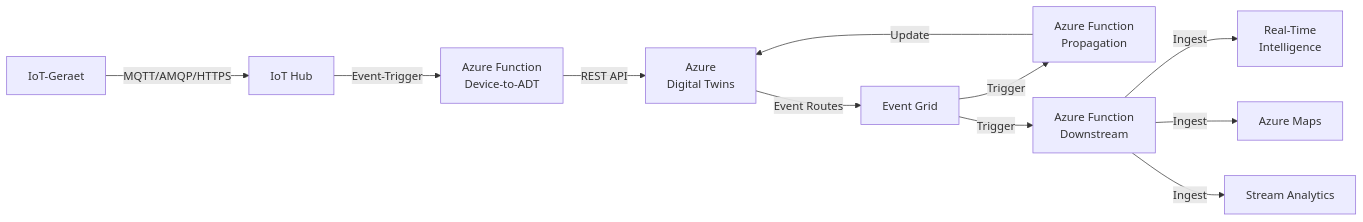
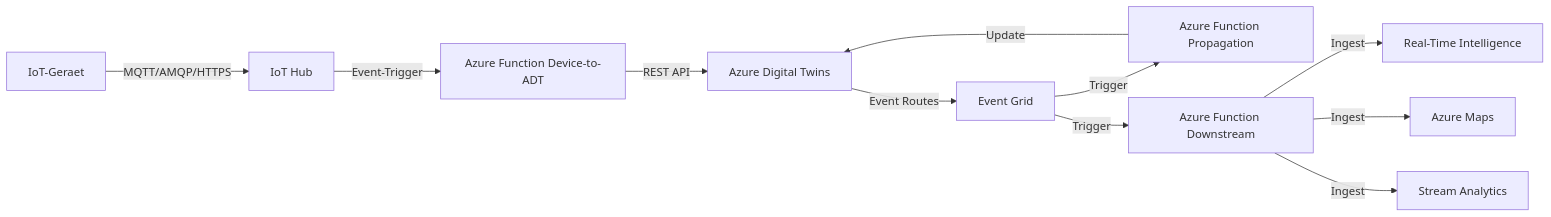
One commit to SoniiiT/notes-n-docs changed the second of 2 diagrams in Microsoft 365/Azure/IoT/Azure Digital Twins.md. Above: the diagram before and after it, drawn with Mermaid. The commit also changed 124 other files, not shown here.

First line of the commit message:
fix: Entferne \n aus allen Mermaid-Diagrammen (125 Dateien)

````diff
--- a/Microsoft 365/Azure/IoT/Azure Digital Twins.md
+++ b/Microsoft 365/Azure/IoT/Azure Digital Twins.md
@@ -266,13 +266,13 @@
 ```mermaid
 graph LR
     Dev["IoT-Geraet"] -->|MQTT/AMQP/HTTPS| IH["IoT Hub"]
-    IH -->|Event-Trigger| AF1["Azure Function\nDevice-to-ADT"]
-    AF1 -->|REST API| ADT["Azure\nDigital Twins"]
+    IH -->|Event-Trigger| AF1["Azure Function Device-to-ADT"]
+    AF1 -->|REST API| ADT["Azure Digital Twins"]
     ADT -->|Event Routes| EG["Event Grid"]
-    EG -->|Trigger| AF2["Azure Function\nPropagation"]
+    EG -->|Trigger| AF2["Azure Function Propagation"]
     AF2 -->|Update| ADT
-    EG -->|Trigger| AF3["Azure Function\nDownstream"]
-    AF3 -->|Ingest| RTI["Real-Time\nIntelligence"]
+    EG -->|Trigger| AF3["Azure Function Downstream"]
+    AF3 -->|Ingest| RTI["Real-Time Intelligence"]
     AF3 -->|Ingest| Maps["Azure Maps"]
     AF3 -->|Ingest| SA["Stream Analytics"]
 ```
````
